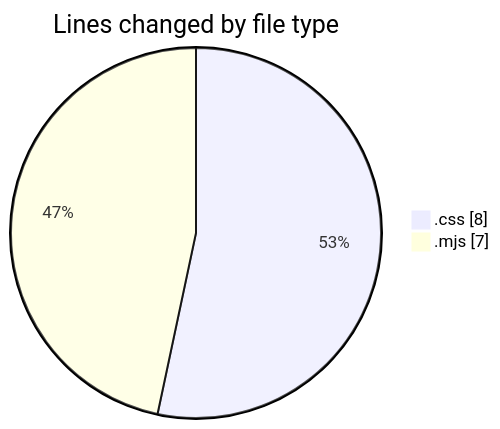
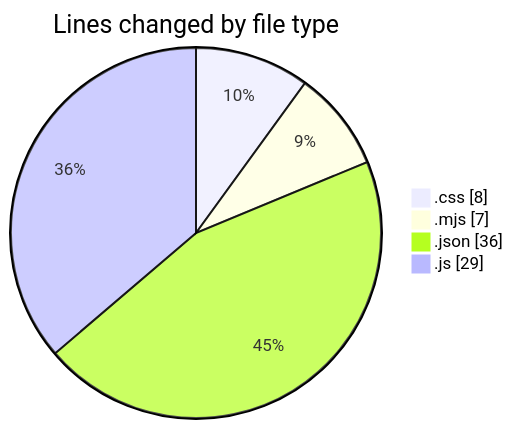
The first of 2 diagrams in 2025-06-23/scopecraft/README.md (Ritupan-Deka/code-tracking), drawn with Mermaid before and after one commit. The commit also changed other lines of this file and 1 other file, not shown here.

````diff
--- a/2025-06-23/scopecraft/README.md
+++ b/2025-06-23/scopecraft/README.md
@@ -21,6 +23,8 @@
 ```mermaid
 pie showData
 title Lines changed by file type
 ".css" : 8
 ".mjs" : 7
+".json" : 36
+".js" : 29
 ```
````
